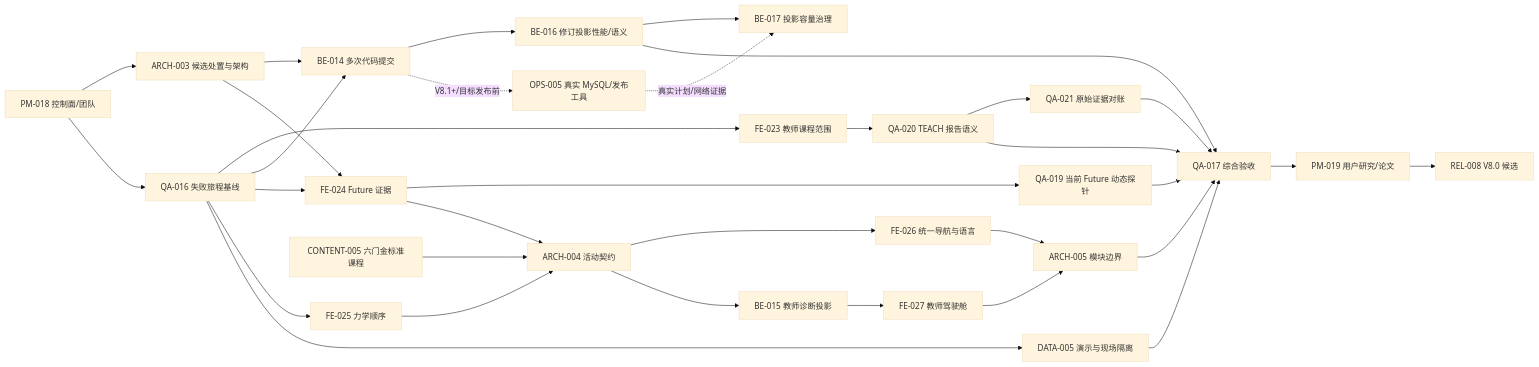
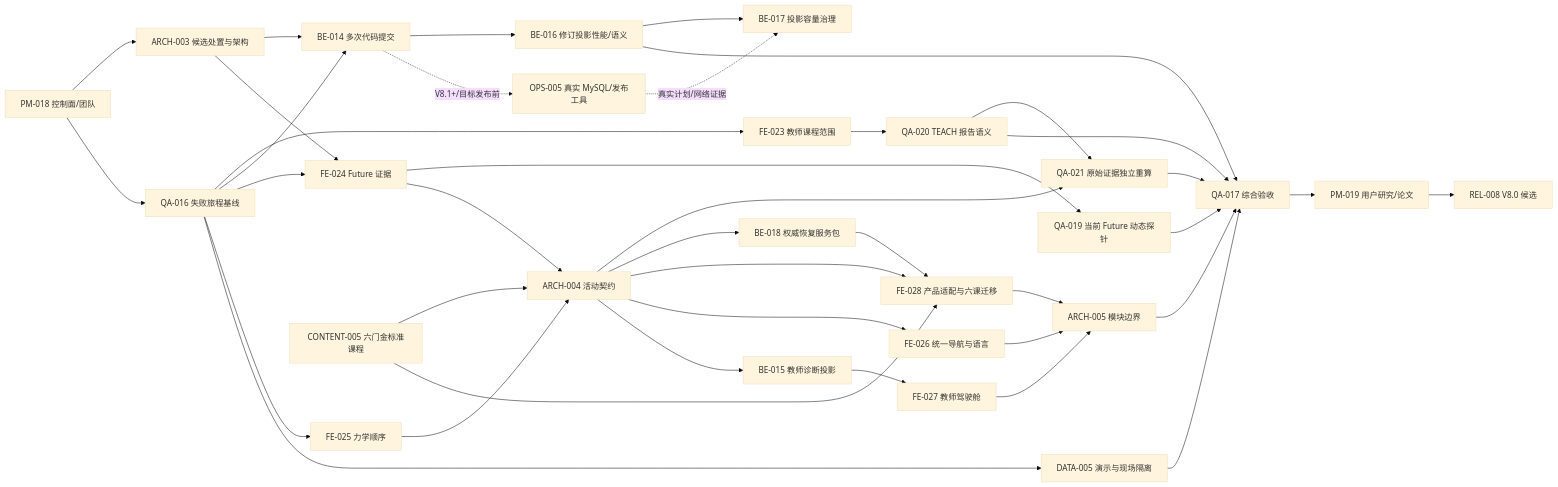
Before and after one commit to falling-feather/Astra: the sixth of 6 diagrams in doc/02-项目规划.md, drawn with Mermaid (base theme). The commit also changed other lines of this file and 1 other file, not shown here.

````diff
--- a/doc/02-项目规划.md
+++ b/doc/02-项目规划.md
@@ -441,35 +463,41 @@
 ```mermaid
 flowchart LR
     PM18["PM-018 控制面/团队"] --> ARCH3["ARCH-003 候选处置与架构"]
     PM18 --> QA16["QA-016 失败旅程基线"]
     ARCH3 --> BE14["BE-014 多次代码提交"]
     BE14 --> BE16["BE-016 修订投影性能/语义"]
     BE16 --> BE17["BE-017 投影容量治理"]
     BE14 -. "V8.1+/目标发布前" .-> OPS5["OPS-005 真实 MySQL/发布工具"]
     OPS5 -. "真实计划/网络证据" .-> BE17
     ARCH3 --> FE24["FE-024 Future 证据"]
     QA16 --> FE23["FE-023 教师课程范围"]
     FE23 --> QA20["QA-020 TEACH 报告语义"]
-    QA20 --> QA21["QA-021 原始证据对账"]
+    QA20 --> QA21["QA-021 原始证据独立重算"]
     QA16 --> BE14
     QA16 --> FE24
     FE24 --> QA19["QA-019 当前 Future 动态探针"]
     QA16 --> FE25["FE-025 力学顺序"]
     QA16 --> DATA5["DATA-005 演示与现场隔离"]
     FE24 --> ARCH4["ARCH-004 活动契约"]
     FE25 --> ARCH4
     CONTENT5["CONTENT-005 六门金标准课程"] --> ARCH4
+    ARCH4 --> QA21
+    ARCH4 --> BE18["BE-018 权威恢复服务包"]
+    ARCH4 --> FE28["FE-028 产品适配与六课迁移"]
+    BE18 --> FE28
+    CONTENT5 --> FE28
     ARCH4 --> FE26["FE-026 统一导航与语言"]
     ARCH4 --> BE15["BE-015 教师诊断投影"]
     BE15 --> FE27["FE-027 教师驾驶舱"]
     FE26 --> ARCH5["ARCH-005 模块边界"]
     FE27 --> ARCH5
+    FE28 --> ARCH5
     ARCH5 --> QA17["QA-017 综合验收"]
     QA19 --> QA17
     QA20 --> QA17
     QA21 --> QA17
     BE16 --> QA17
     DATA5 --> QA17
     QA17 --> PM19["PM-019 用户研究/论文"]
     PM19 --> REL8["REL-008 V8.0 候选"]
 ```
````
